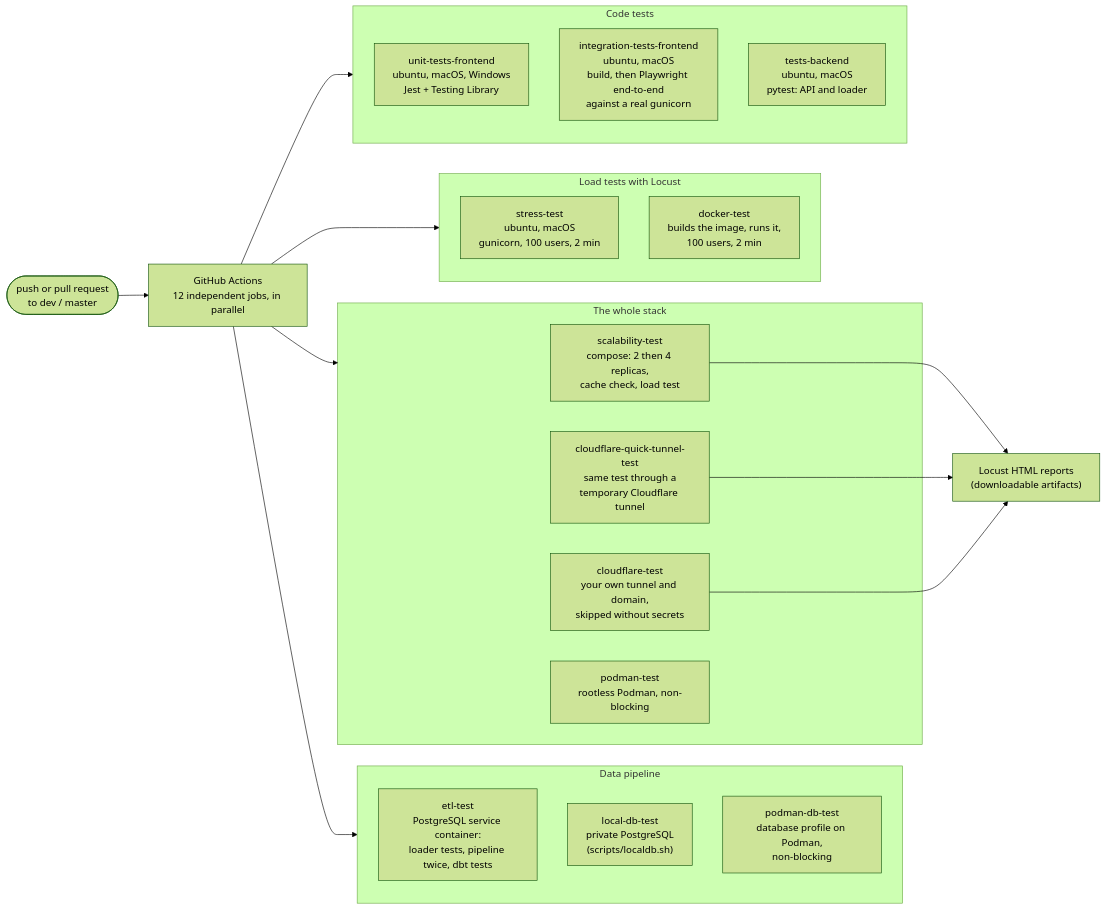
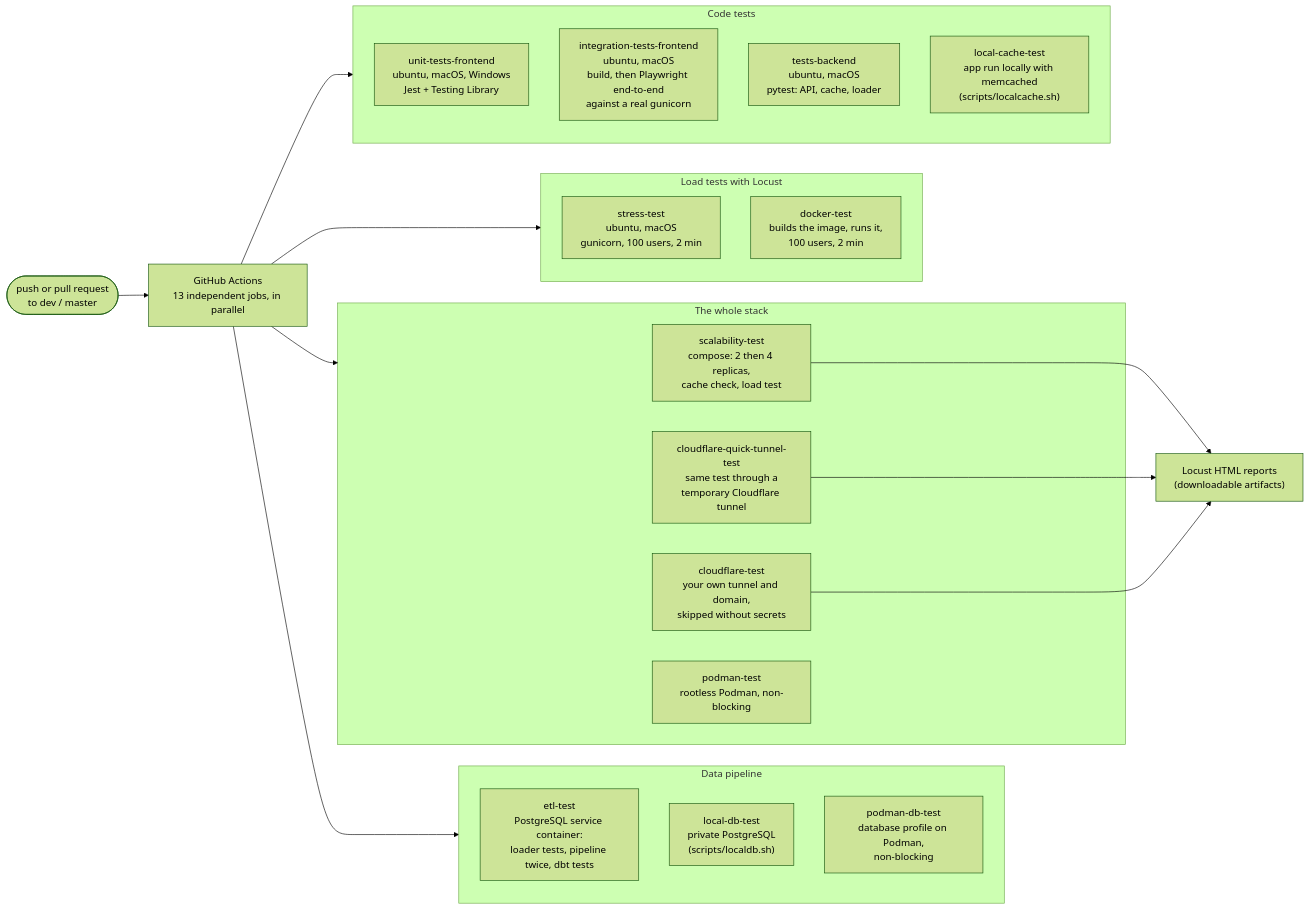
Before and after one commit to ybouilla/hiparis_project: the first of 2 diagrams in CI_CD.md, drawn with Mermaid (forest theme). The commit also changed other lines of this file and 6 other files, not shown here.

Commit message:
Adding memcached for local (non docker) deployment

````diff
--- a/CI_CD.md
+++ b/CI_CD.md
@@ -7,36 +7,37 @@
 ```mermaid
 flowchart LR
-    trigger(["push or pull request<br/>to dev / master"]) --> gha["GitHub Actions<br/>12 independent jobs, in parallel"]
+    trigger(["push or pull request<br/>to dev / master"]) --> gha["GitHub Actions<br/>13 independent jobs, in parallel"]
 
     subgraph data["Data pipeline"]
         et["etl-test<br/>PostgreSQL service container:<br/>loader tests, pipeline twice, dbt tests"]
         lt["local-db-test<br/>private PostgreSQL<br/>(scripts/localdb.sh)"]
         pdt["podman-db-test<br/>database profile on Podman,<br/>non-blocking"]
     end
 
     subgraph deploy["The whole stack"]
         sc["scalability-test<br/>compose: 2 then 4 replicas,<br/>cache check, load test"]
         qt["cloudflare-quick-tunnel-test<br/>same test through a<br/>temporary Cloudflare tunnel"]
         ct["cloudflare-test<br/>your own tunnel and domain,<br/>skipped without secrets"]
         pt["podman-test<br/>rootless Podman, non-blocking"]
     end
 
     subgraph perf["Load tests with Locust"]
         st["stress-test<br/>ubuntu, macOS<br/>gunicorn, 100 users, 2 min"]
         dt["docker-test<br/>builds the image, runs it,<br/>100 users, 2 min"]
     end
 
     subgraph code["Code tests"]
         ut["unit-tests-frontend<br/>ubuntu, macOS, Windows<br/>Jest + Testing Library"]
         it["integration-tests-frontend<br/>ubuntu, macOS<br/>build, then Playwright end-to-end<br/>against a real gunicorn"]
-        bt["tests-backend<br/>ubuntu, macOS<br/>pytest: API and loader"]
+        bt["tests-backend<br/>ubuntu, macOS<br/>pytest: API, cache, loader"]
+        lc["local-cache-test<br/>app run locally with memcached<br/>(scripts/localcache.sh)"]
     end
 
     gha --> data
     gha --> deploy
     gha --> perf
     gha --> code
     sc --> reports["Locust HTML reports<br/>(downloadable artifacts)"]
     qt --> reports
     ct --> reports
 ```
````
